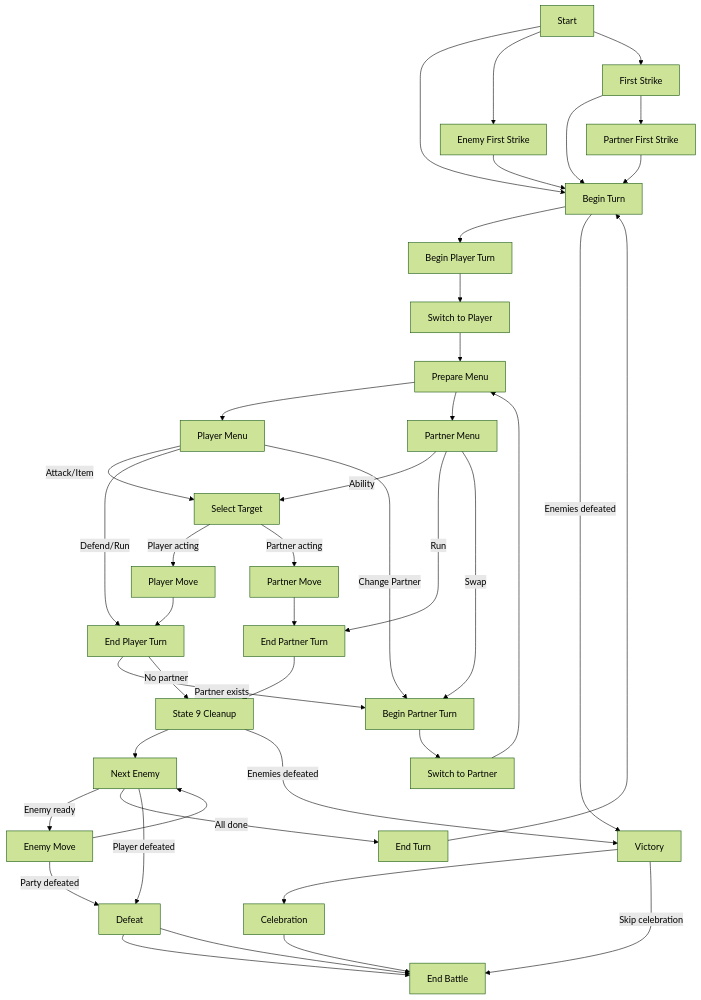
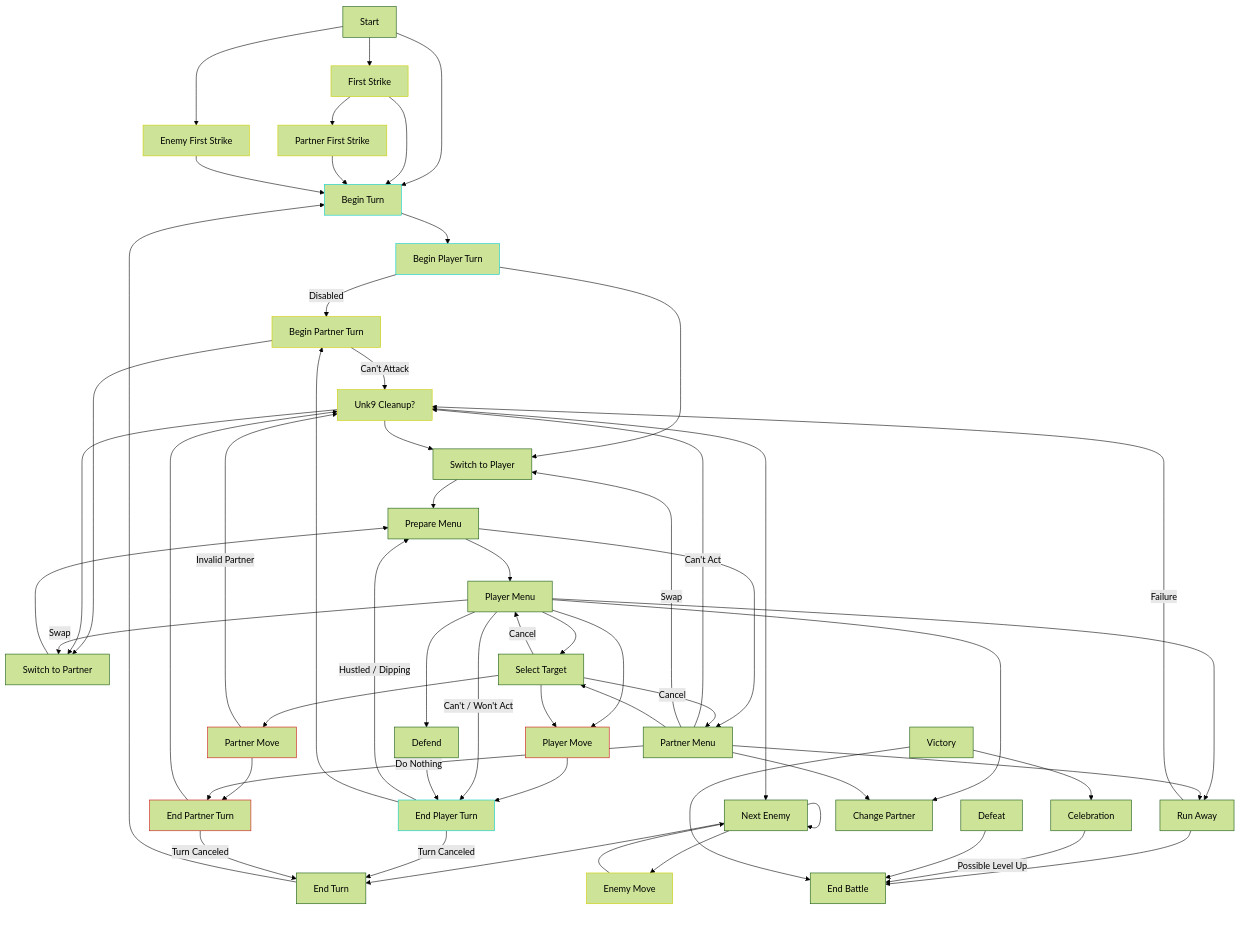
Before and after one commit to bates64/papermario-dx: the diagram in src/battle/states/diagram.md, drawn with Mermaid (forest theme). The commit also changed 1 other file, not shown here.

Commit message:
updated state diagram

````diff
--- a/src/battle/states/diagram.md
+++ b/src/battle/states/diagram.md
@@ -3,63 +3,140 @@
 ```mermaid
 flowchart TD
-    Start[Start]
+    classDef maybe_win stroke:#00cccc
+    classDef maybe_lose stroke:#cc1111
+    classDef maybe_either stroke:#cccc00
+
+    NormalStart[Start]
     FS_Player[First Strike]
     FS_Partner[Partner First Strike]
     FS_Enemy[Enemy First Strike]
     BeginTurn[Begin Turn]
+    EndTurn[End Turn]
     BeginPlayer[Begin Player Turn]
+    BeginPartner[Begin Partner Turn]
+    Unk9[Unk9 Cleanup?]
     SwitchPlayer[Switch to Player]
+    SwitchPartner[Switch to Partner]
     PrepareMenu[Prepare Menu]
     PlayerMenu[Player Menu]
+    PartnerMenu[Partner Menu]
+    %% PeachMenu[Peach Menu]
+    %% TwinkMenu[Twink Menu]
     SelectTarget[Select Target]
     PlayerMove[Player Move]
-    EndPlayer[End Player Turn]
-    BeginPartner[Begin Partner Turn]
-    SwitchPartner[Switch to Partner]
-    PartnerMenu[Partner Menu]
     PartnerMove[Partner Move]
-    EndPartner[End Partner Turn]
-    Cleanup[State 9 Cleanup]
     NextEnemy[Next Enemy]
     EnemyMove[Enemy Move]
-    EndTurn[End Turn]
+    EndPlayer[End Player Turn]
+    EndPartner[End Partner Turn]
+    RunAway[Run Away]
+    Defend[Defend]
     Victory[Victory]
     Defeat[Defeat]
+    ChangePartner[Change Partner]
+    EndBattle[End Battle]
+    %% EndDemo[End Demo]
+    %% EndTraining[End Training]
     Celebration[Celebration]
-    EndBattle[End Battle]
 
-    Start --> BeginTurn
-    Start --> FS_Enemy --> BeginTurn
-    Start --> FS_Player --> BeginTurn
-    FS_Player --> FS_Partner --> BeginTurn
+    class FS_Player maybe_either
+    class FS_Partner maybe_either
+    class FS_Enemy maybe_either
+    class PlayerMove maybe_lose
+    class PartnerMove maybe_lose
+    class EnemyMove maybe_either
+
+    class BeginTurn maybe_win
+    class BeginPlayer maybe_win
+    class BeginPartner maybe_either
+    class EndPlayer maybe_win
+    class EndPartner maybe_lose
+    class Unk9 maybe_either
+
+    NormalStart --> BeginTurn
+    NormalStart --> FS_Enemy
+    NormalStart --> FS_Player
+    FS_Player --> FS_Partner
+    FS_Player --> BeginTurn
+    FS_Partner --> BeginTurn
+    FS_Enemy --> BeginTurn
 
     BeginTurn --> BeginPlayer
+    %% BeginTurn --> |Debug Option| RunAway
+
+    NextEnemy --> NextEnemy
+    NextEnemy --> EnemyMove
+    NextEnemy --> EndTurn
+    EnemyMove --> NextEnemy
+
+    BeginPlayer --> |Disabled| BeginPartner
     BeginPlayer --> SwitchPlayer
+
+    PlayerMove --> EndPlayer
+
+    EndPlayer --> |Turn Canceled| EndTurn
+    EndPlayer --> |Hustled / Dipping| PrepareMenu
+    EndPlayer --> BeginPartner
+    %% EndPlayer --> |PEACH| Unk9
+
+    BeginPartner --> |Can't Attack| Unk9
+    BeginPartner --> SwitchPartner
+
+    PartnerMove --> |Invalid Partner| Unk9
+    PartnerMove --> EndPartner
+
+    EndPartner --> Unk9
+    EndPartner -->|Turn Canceled| EndTurn
+
+    Unk9 --> SwitchPlayer
+    Unk9 --> SwitchPartner
+    Unk9 --> NextEnemy
+
     SwitchPlayer --> PrepareMenu
+    SwitchPartner --> PrepareMenu
+
     PrepareMenu --> PlayerMenu
-    PlayerMenu -->|Attack/Item| SelectTarget
-    PlayerMenu -->|Defend/Run| EndPlayer
-    PlayerMenu -->|Change Partner| BeginPartner
+    PrepareMenu --> PartnerMenu
 
-    SelectTarget -->|Player acting| PlayerMove --> EndPlayer
-    SelectTarget -->|Partner acting| PartnerMove --> EndPartner
+    %% BeginPlayer --> |PEACH| BeginPartner
+    %% BeginPartner --> |PEACH| BeginPlayer
+    %% PlayerMenu --> |PEACH| PeachMenu
+    %% PartnerMenu --> |PEACH| TwinkMenu
 
-    EndPlayer -->|Partner exists| BeginPartner
-    EndPlayer -->|No partner| Cleanup
-    BeginPartner --> SwitchPartner --> PrepareMenu --> PartnerMenu
-    PartnerMenu -->|Ability| SelectTarget
-    PartnerMenu -->|Run| EndPartner
-    PartnerMenu -->|Swap| BeginPartner
-    EndPartner --> Cleanup
+    PlayerMenu --> |Can't / Won't Act| EndPlayer
+    PlayerMenu --> |Swap| SwitchPartner
+    PlayerMenu --> PlayerMove
+    PlayerMenu --> SelectTarget
+    PlayerMenu --> ChangePartner
+    PlayerMenu --> RunAway
+    PlayerMenu --> Defend
 
-    Cleanup --> NextEnemy
-    NextEnemy -->|Enemy ready| EnemyMove --> NextEnemy
-    NextEnemy -->|All done| EndTurn --> BeginTurn
+    PartnerMenu --> |Can't Act| Unk9
+    PartnerMenu --> |Swap| SwitchPlayer
+    PartnerMenu --> SelectTarget
+    PartnerMenu --> ChangePartner
+    PartnerMenu --> |Do Nothing| EndPartner
+    PartnerMenu --> RunAway
 
-    NextEnemy -->|Player defeated| Defeat --> EndBattle
-    EnemyMove -->|Party defeated| Defeat --> EndBattle
-    BeginTurn -->|Enemies defeated| Victory
-    Cleanup -->|Enemies defeated| Victory
-    Victory --> Celebration --> EndBattle
-    Victory -->|Skip celebration| EndBattle
+    %% PeachMenu --> SelectTarget
+    %% TwinkMenu --> SelectTarget
+    %% TwinkMenu --> |Can't Act| EndPlayer
+
+    SelectTarget -->  PlayerMove
+    SelectTarget -->  PartnerMove
+    SelectTarget -->  |Cancel| PlayerMenu
+    SelectTarget -->  |Cancel| PartnerMenu
+
+    EndTurn --> BeginTurn
+
+    RunAway --> EndBattle
+    RunAway --> |Failure| Unk9
+    %% EndTraining --> EndBattle
+    Celebration --> |Possible Level Up| EndBattle
+    Defeat --> EndBattle
+    Defend --> EndPlayer
+
+    Victory --> EndBattle
+    Victory --> Celebration
+
 ```
````
